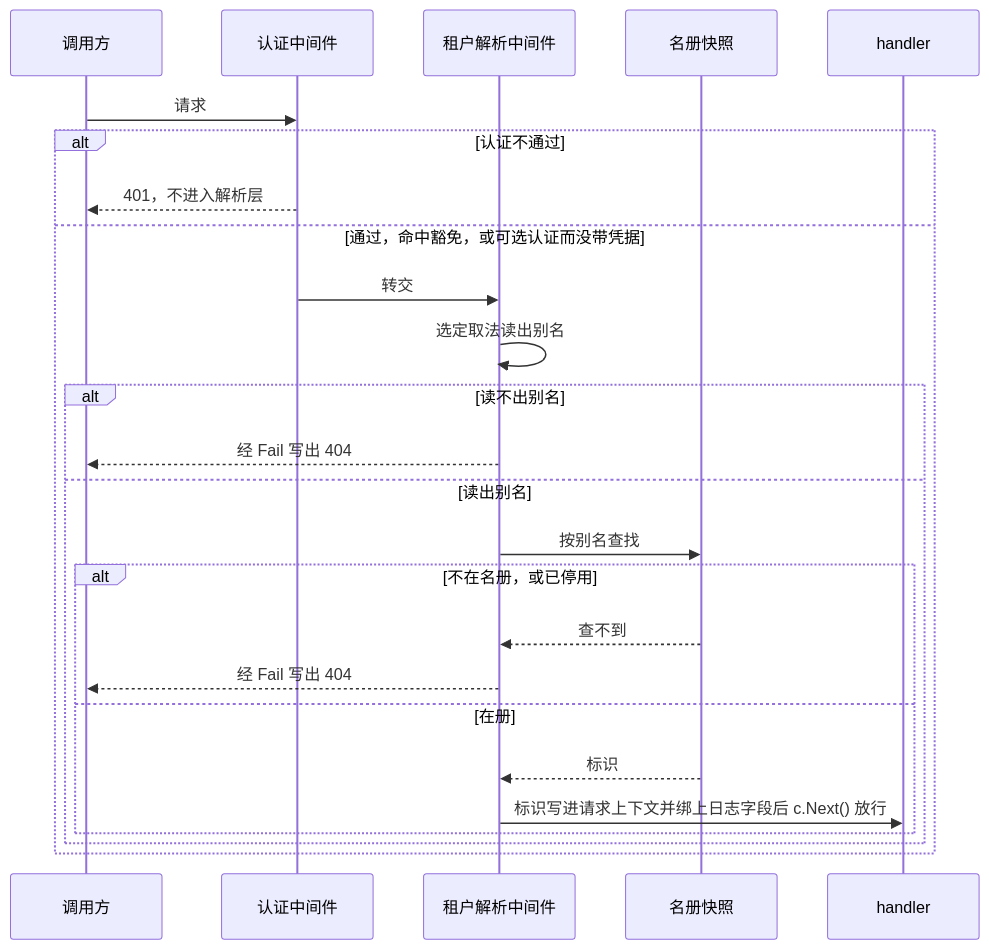
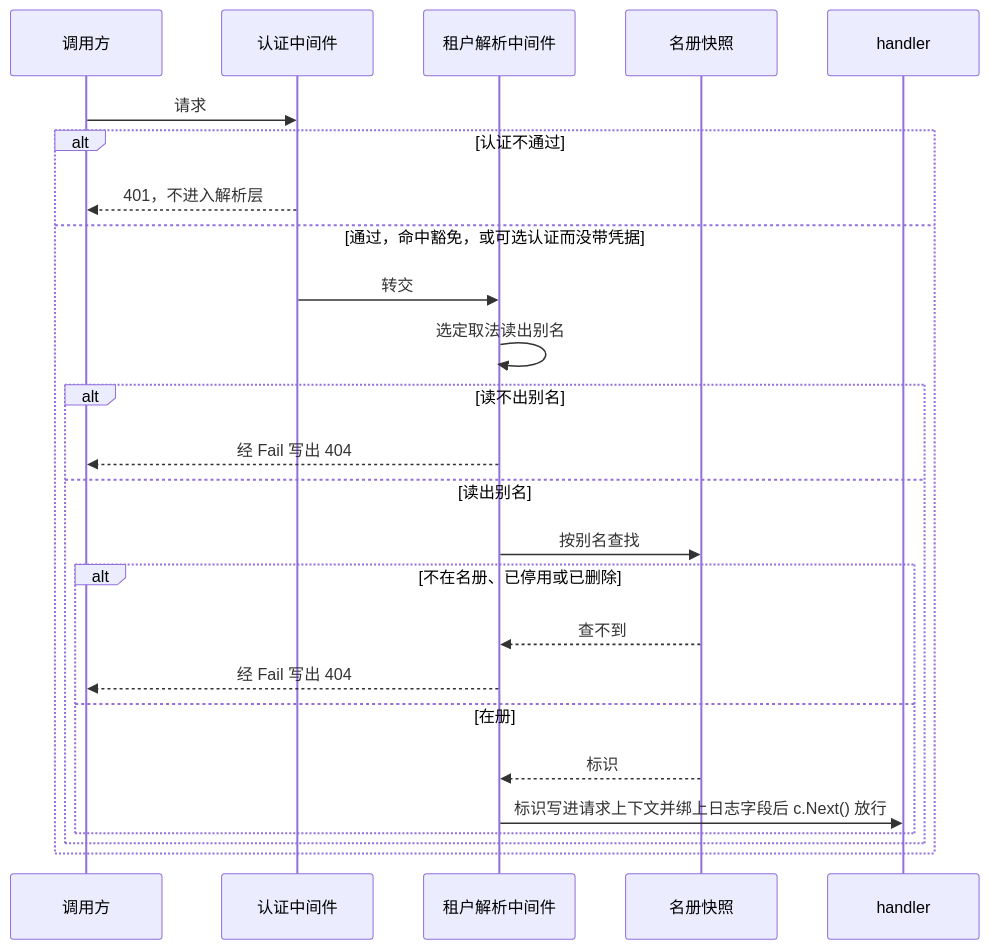
The second of 5 diagrams in docs/design/modules/tenant/design-tenant.md (wangzw/speed), drawn with Mermaid before and after one commit. The commit also changed other lines of this file and 21 other files, not shown here.

````diff
--- a/docs/design/modules/tenant/design-tenant.md
+++ b/docs/design/modules/tenant/design-tenant.md
@@ -426,28 +515,28 @@
 ```mermaid
 sequenceDiagram
     participant C as 调用方
     participant A as 认证中间件
     participant R as 租户解析中间件
     participant S as 名册快照
     participant H as handler
 
     C->>A: 请求
     alt 认证不通过
         A-->>C: 401，不进入解析层
     else 通过，命中豁免，或可选认证而没带凭据
         A->>R: 转交
         R->>R: 选定取法读出别名
         alt 读不出别名
             R-->>C: 经 Fail 写出 404
         else 读出别名
             R->>S: 按别名查找
-            alt 不在名册，或已停用
+            alt 不在名册、已停用或已删除
                 S-->>R: 查不到
                 R-->>C: 经 Fail 写出 404
             else 在册
                 S-->>R: 标识
                 R->>H: 标识写进请求上下文并绑上日志字段后 c.Next() 放行
             end
         end
     end
 ```
````
